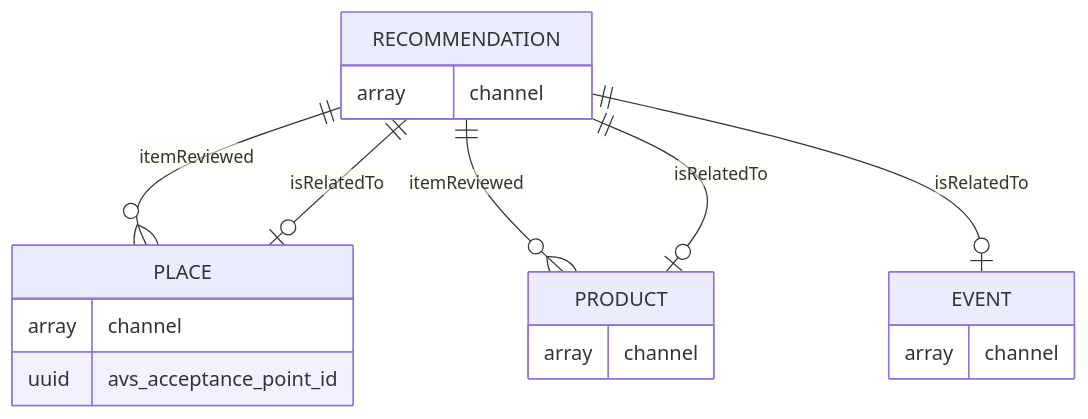
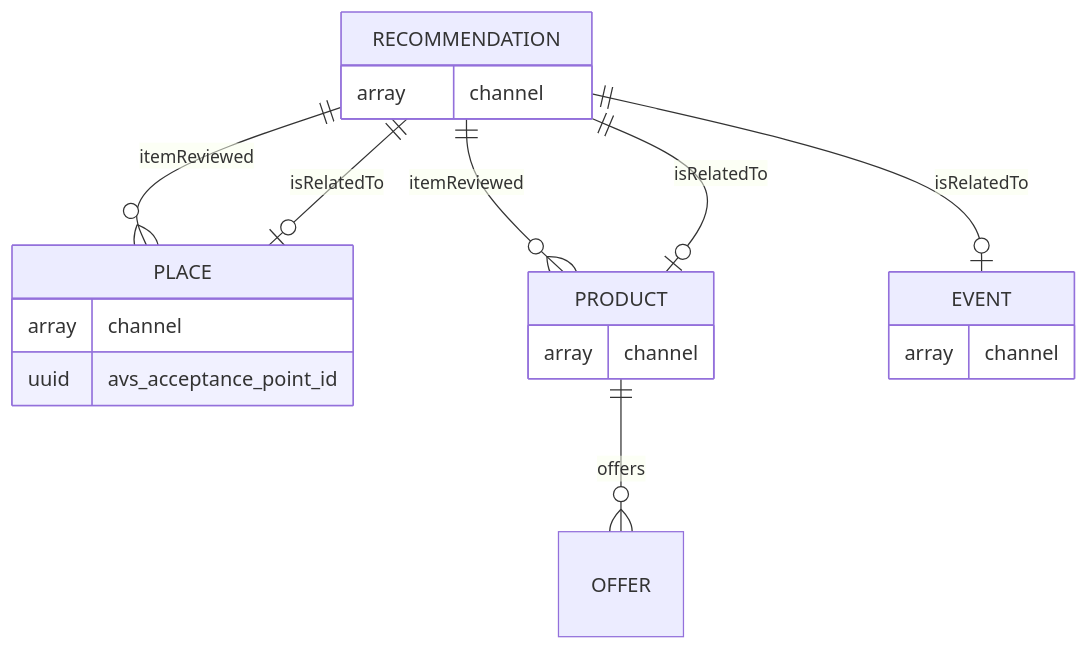
Before and after one commit to tsolenthaler/docs.contentdesk.io: the third of 3 diagrams in docs/dev/projects/glarnerlandApp.md, drawn with Mermaid.

Commit message:
Refactor file paths and update navigation in mkdocs.yml

````diff
--- a/docs/dev/projects/glarnerlandApp.md
+++ b/docs/dev/projects/glarnerlandApp.md
@@ -38,25 +38,27 @@
 ``` mermaid
 erDiagram
     RECOMMENDATION ||--o{ PLACE : itemReviewed
     RECOMMENDATION{
         array channel
     }
     RECOMMENDATION ||--o{ PRODUCT : itemReviewed
     
     RECOMMENDATION ||--o| PRODUCT : isRelatedTo
     RECOMMENDATION ||--o| EVENT : isRelatedTo
     RECOMMENDATION ||--o| PLACE : isRelatedTo
 
     PRODUCT{
         array channel
     }
 
+    PRODUCT ||--o{ OFFER : offers
+
     PLACE{
         array channel
         uuid avs_acceptance_point_id
     }
 
     EVENT{
         array channel
     }
 ```
````
